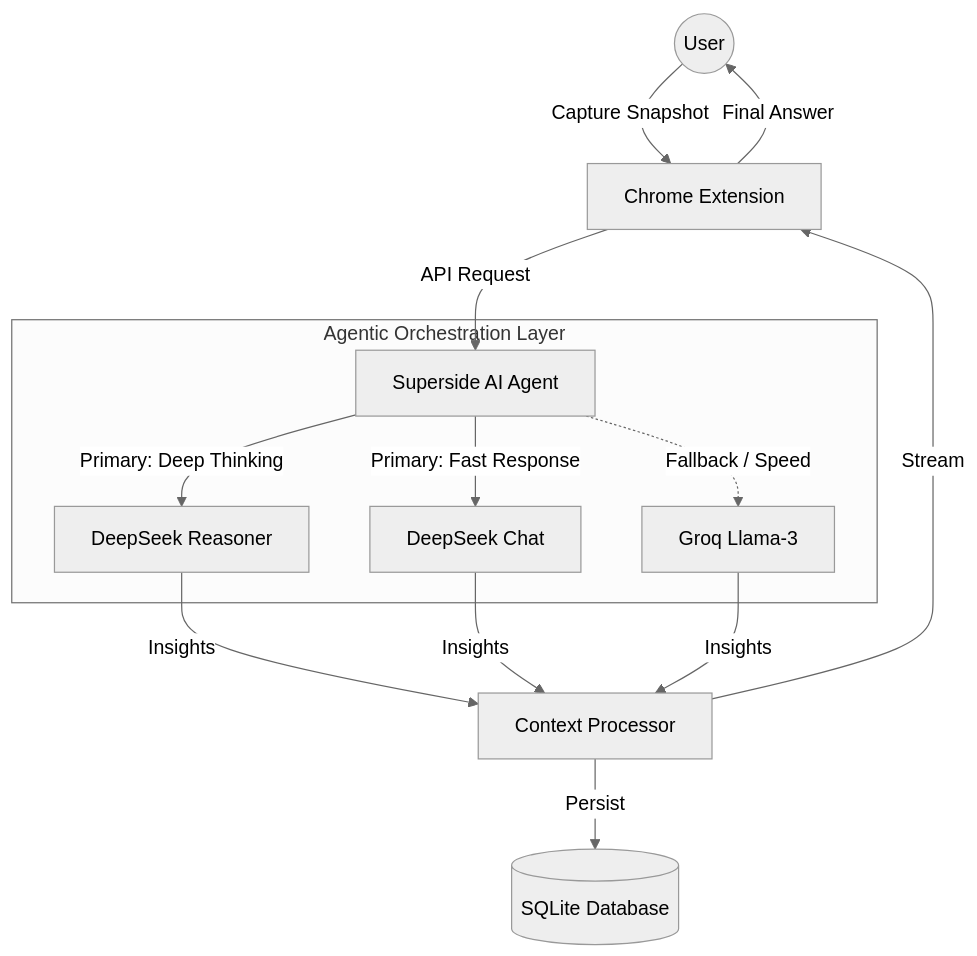
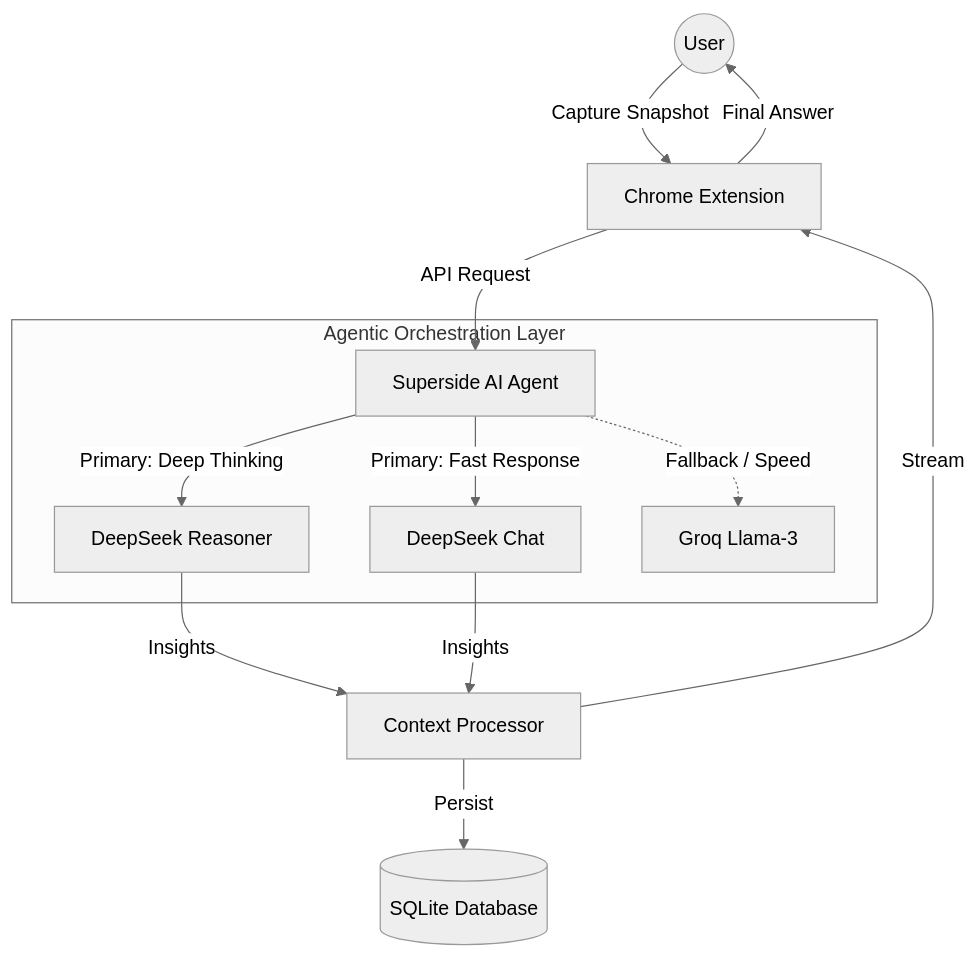
Before and after one commit to kelvinmaina01/Superside: the diagram in README.md, drawn with Mermaid (neutral theme). The commit also changed other lines of this file and 1 other file, not shown here.

Commit message:
Docs: Reorganized detailed documentation into /docs and simplified root README with architecture diagram.

````diff
--- a/README.md
+++ b/README.md
@@ -20,19 +22,18 @@
 ```mermaid
 graph TD
     User((User)) -->|Capture Snapshot| Extension[Chrome Extension]
     Extension -->|API Request| Agent[Superside AI Agent]
     
     subgraph "Agentic Orchestration Layer"
         Agent -->|Primary: Deep Thinking| DSR[DeepSeek Reasoner]
         Agent -->|Primary: Fast Response| DSC[DeepSeek Chat]
         Agent -.->|Fallback / Speed| Groq[Groq Llama-3]
     end
     
     DSR -->|Insights| Processor[Context Processor]
     DSC -->|Insights| Processor
-    Groq -->|Insights| Processor
     
     Processor -->|Persist| DB[(SQLite Database)]
     Processor -->|Stream| Extension
     Extension -->|Final Answer| User
 ```
````
